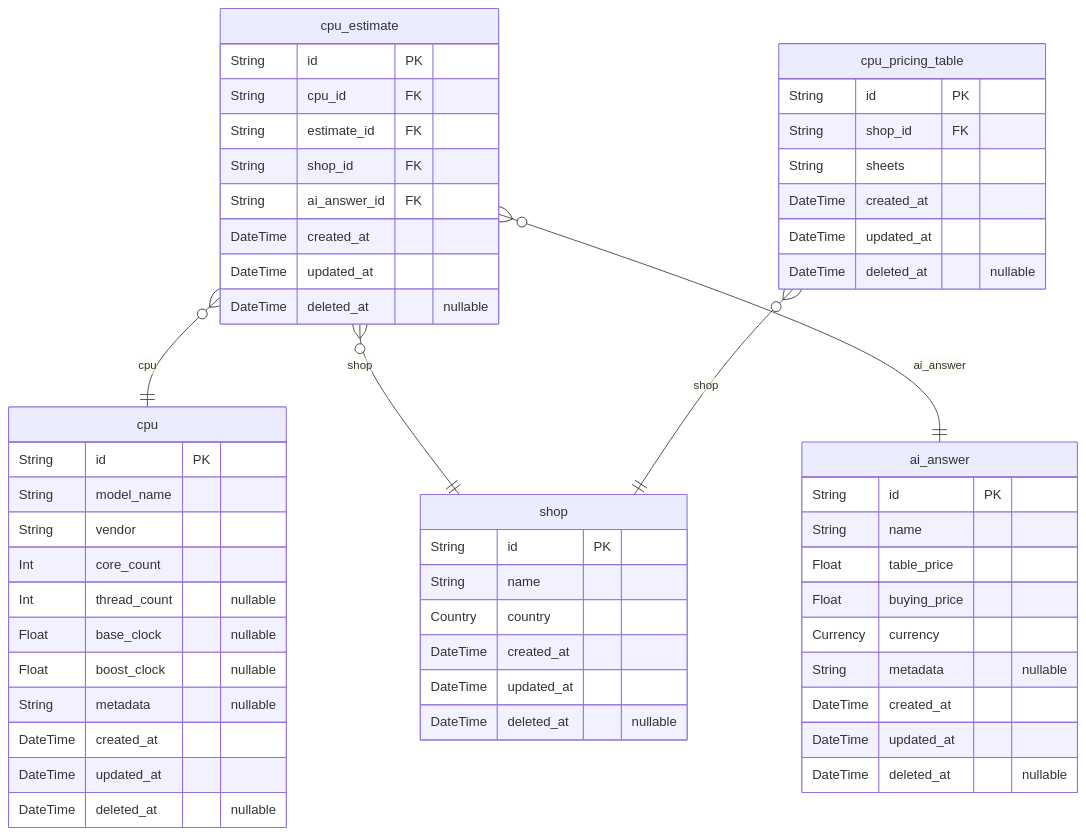
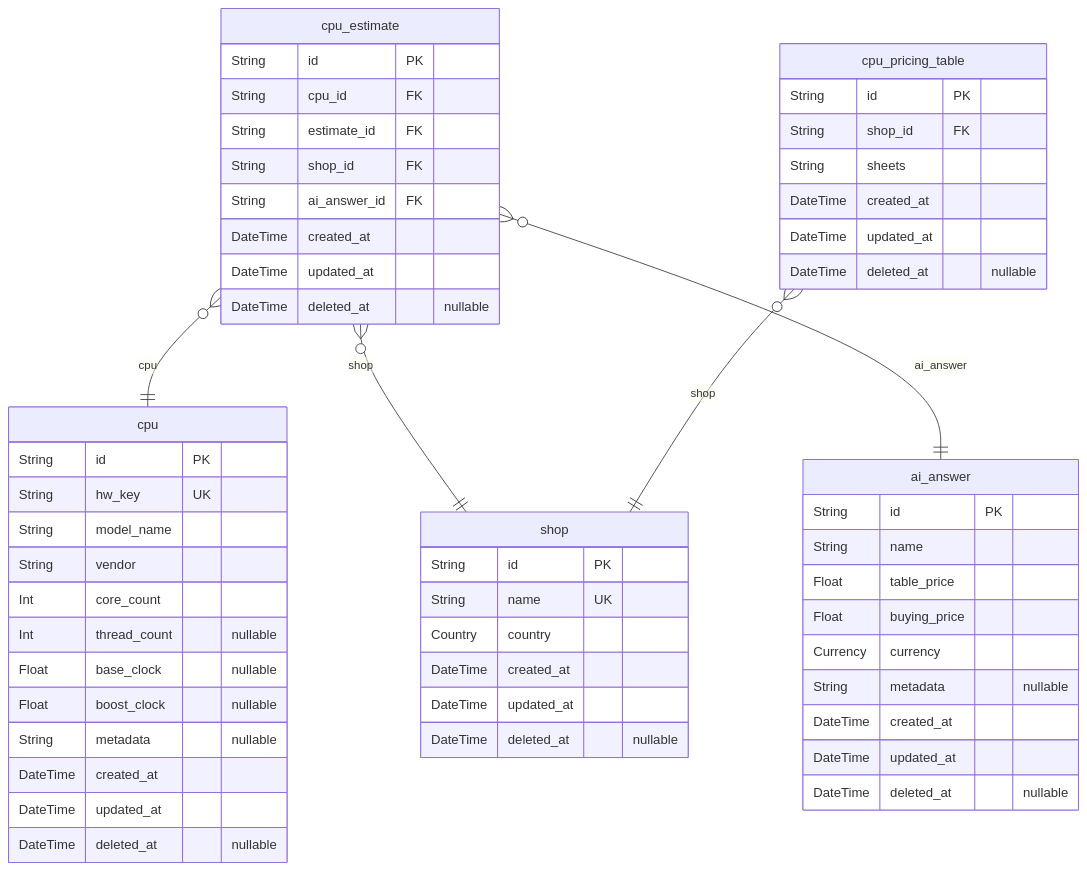
One commit to KGESH/hardware_spec_backend changed the third of 7 diagrams in prisma/ERD.md. Above: the diagram before and after it, drawn with Mermaid. The commit also changed other lines of this file and 1 other file, not shown here.

````diff
--- a/prisma/ERD.md
+++ b/prisma/ERD.md
@@ -280,57 +437,58 @@
 ```mermaid
 erDiagram
 "shop" {
     String id PK
-    String name
+    String name UK
     Country country
     DateTime created_at
     DateTime updated_at
     DateTime deleted_at "nullable"
 }
 "ai_answer" {
     String id PK
     String name
     Float table_price
     Float buying_price
     Currency currency
     String metadata "nullable"
     DateTime created_at
     DateTime updated_at
     DateTime deleted_at "nullable"
 }
 "cpu_estimate" {
     String id PK
     String cpu_id FK
     String estimate_id FK
     String shop_id FK
     String ai_answer_id FK
     DateTime created_at
     DateTime updated_at
     DateTime deleted_at "nullable"
 }
 "cpu" {
     String id PK
+    String hw_key UK
     String model_name
     String vendor
     Int core_count
     Int thread_count "nullable"
     Float base_clock "nullable"
     Float boost_clock "nullable"
     String metadata "nullable"
     DateTime created_at
     DateTime updated_at
     DateTime deleted_at "nullable"
 }
 "cpu_pricing_table" {
     String id PK
     String shop_id FK
     String sheets
     DateTime created_at
     DateTime updated_at
     DateTime deleted_at "nullable"
 }
 "cpu_estimate" }o--|| "cpu" : cpu
 "cpu_estimate" }o--|| "shop" : shop
 "cpu_estimate" }o--|| "ai_answer" : ai_answer
 "cpu_pricing_table" }o--|| "shop" : shop
 ```
````
